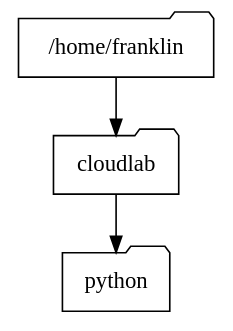
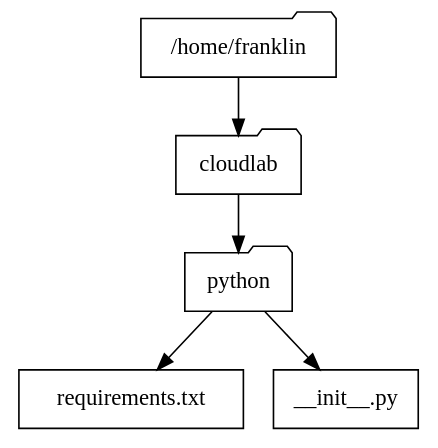
One commit to ajcborges/devsecops-tactical-workbook changed the diagram in docs/_source/python.rst. Above: the diagram before and after it, drawn with Graphviz. The commit also changed 5 other files, not shown here.

Commit message:
update diagrams

```diff
--- a/docs/_source/python.rst
+++ b/docs/_source/python.rst
@@ -20,10 +20,15 @@
 .. graphviz::
    :caption: Project Directory
    :align: center
 
    digraph folders {
       "/home/franklin" [shape=folder];
       "cloudlab" [shape=folder];
       "python" [shape=folder];
-      "/home/franklin" -> "cloudlab" -> "python";
+      "requirements.txt" [shape=rect];
+      "__init__.py" [shape=rect];
+      "/home/franklin" -> "cloudlab";
+      "cloudlab" -> "python";
+      "python" -> "__init__.py";
+      "python" -> "requirements.txt";
    }
```
